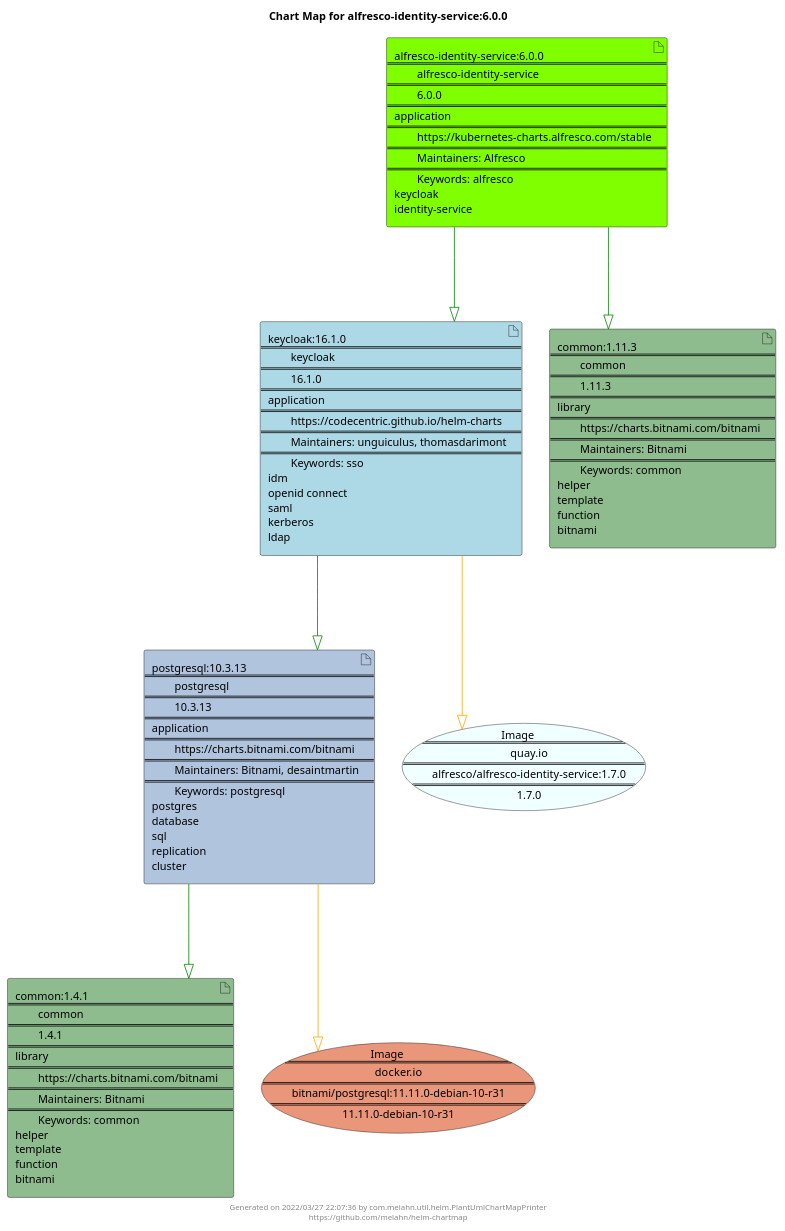
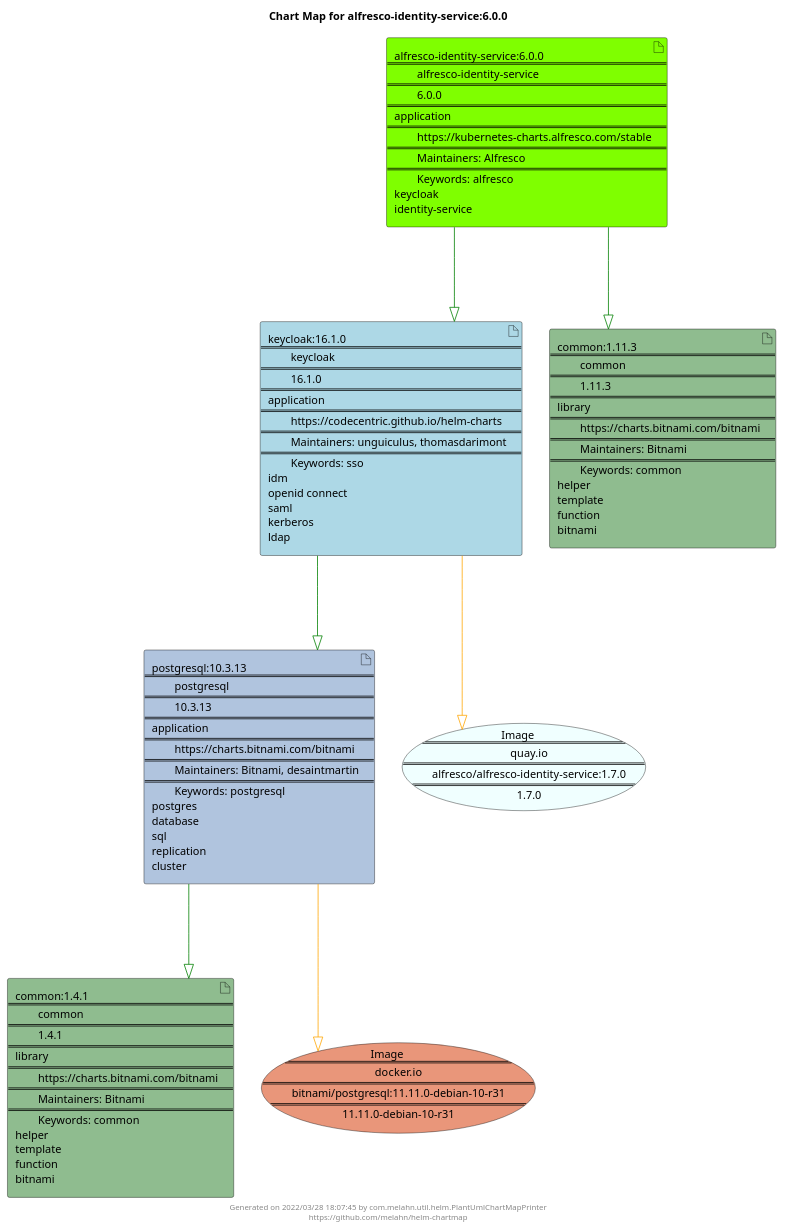
The diagram in docs/alfresco-identity-service/alfresco-identity-service-6.0.0.puml (melahn/helm-chartmap), drawn with PlantUML before and after one commit. The commit also changed 55 other files, not shown here.

Commit message:
Update Example Chart Maps as part of GitHub build

```diff
--- a/docs/alfresco-identity-service/alfresco-identity-service-6.0.0.puml
+++ b/docs/alfresco-identity-service/alfresco-identity-service-6.0.0.puml
@@ -1,31 +1,31 @@
 @startuml
 skinparam linetype ortho
 skinparam backgroundColor white
 skinparam usecaseBorderColor black
 skinparam usecaseArrowColor LightSlateGray
 skinparam artifactBorderColor black
 skinparam artifactArrowColor LightSlateGray
 
 title Chart Map for alfresco-identity-service:6.0.0
 
 'There are 5 referenced Helm Charts
 artifact "common:1.4.1\n====\n\tcommon\n====\n\t1.4.1\n====\nlibrary\n====\n\thttps://charts.bitnami.com/bitnami\n====\n\tMaintainers: Bitnami\n====\n\tKeywords: common\nhelper\ntemplate\nfunction\nbitnami" as common_1_4_1 #DarkSeaGreen
 artifact "keycloak:16.1.0\n====\n\tkeycloak\n====\n\t16.1.0\n====\napplication\n====\n\thttps://codecentric.github.io/helm-charts\n====\n\tMaintainers: unguiculus, thomasdarimont\n====\n\tKeywords: sso\nidm\nopenid connect\nsaml\nkerberos\nldap" as keycloak_16_1_0 #LightBlue
 artifact "postgresql:10.3.13\n====\n\tpostgresql\n====\n\t10.3.13\n====\napplication\n====\n\thttps://charts.bitnami.com/bitnami\n====\n\tMaintainers: Bitnami, desaintmartin\n====\n\tKeywords: postgresql\npostgres\ndatabase\nsql\nreplication\ncluster" as postgresql_10_3_13 #LightSteelBlue
 artifact "alfresco-identity-service:6.0.0\n====\n\talfresco-identity-service\n====\n\t6.0.0\n====\napplication\n====\n\thttps://kubernetes-charts.alfresco.com/stable\n====\n\tMaintainers: Alfresco\n====\n\tKeywords: alfresco\nkeycloak\nidentity-service" as alfresco_identity_service_6_0_0 #Chartreuse
 artifact "common:1.11.3\n====\n\tcommon\n====\n\t1.11.3\n====\nlibrary\n====\n\thttps://charts.bitnami.com/bitnami\n====\n\tMaintainers: Bitnami\n====\n\tKeywords: common\nhelper\ntemplate\nfunction\nbitnami" as common_1_11_3 #DarkSeaGreen
 
 'There are 2 referenced Docker Images
 usecase "Image\n====\n\tquay.io\n====\n\talfresco/alfresco-identity-service:1.7.0\n====\n\t1.7.0" as quay_io_alfresco_alfresco_identity_service_1_7_0 #Azure
 usecase "Image\n====\n\tdocker.io\n====\n\tbitnami/postgresql:11.11.0-debian-10-r31\n====\n\t11.11.0-debian-10-r31" as docker_io_bitnami_postgresql_11_11_0_debian_10_r31 #DarkSalmon
 
 'Chart Dependencies
+alfresco_identity_service_6_0_0--[#green]-|>common_1_11_3
 alfresco_identity_service_6_0_0--[#green]-|>keycloak_16_1_0
 keycloak_16_1_0--[#green]-|>postgresql_10_3_13
 postgresql_10_3_13--[#green]-|>common_1_4_1
-alfresco_identity_service_6_0_0--[#green]-|>common_1_11_3
 keycloak_16_1_0--[#orange]-|>quay_io_alfresco_alfresco_identity_service_1_7_0
 postgresql_10_3_13--[#orange]-|>docker_io_bitnami_postgresql_11_11_0_debian_10_r31
 
-center footer Generated on 2022/03/27 22:07:36 by com.melahn.util.helm.PlantUmlChartMapPrinter\nhttps://github.com/melahn/helm-chartmap
+center footer Generated on 2022/03/28 18:07:45 by com.melahn.util.helm.PlantUmlChartMapPrinter\nhttps://github.com/melahn/helm-chartmap
 @enduml
```
